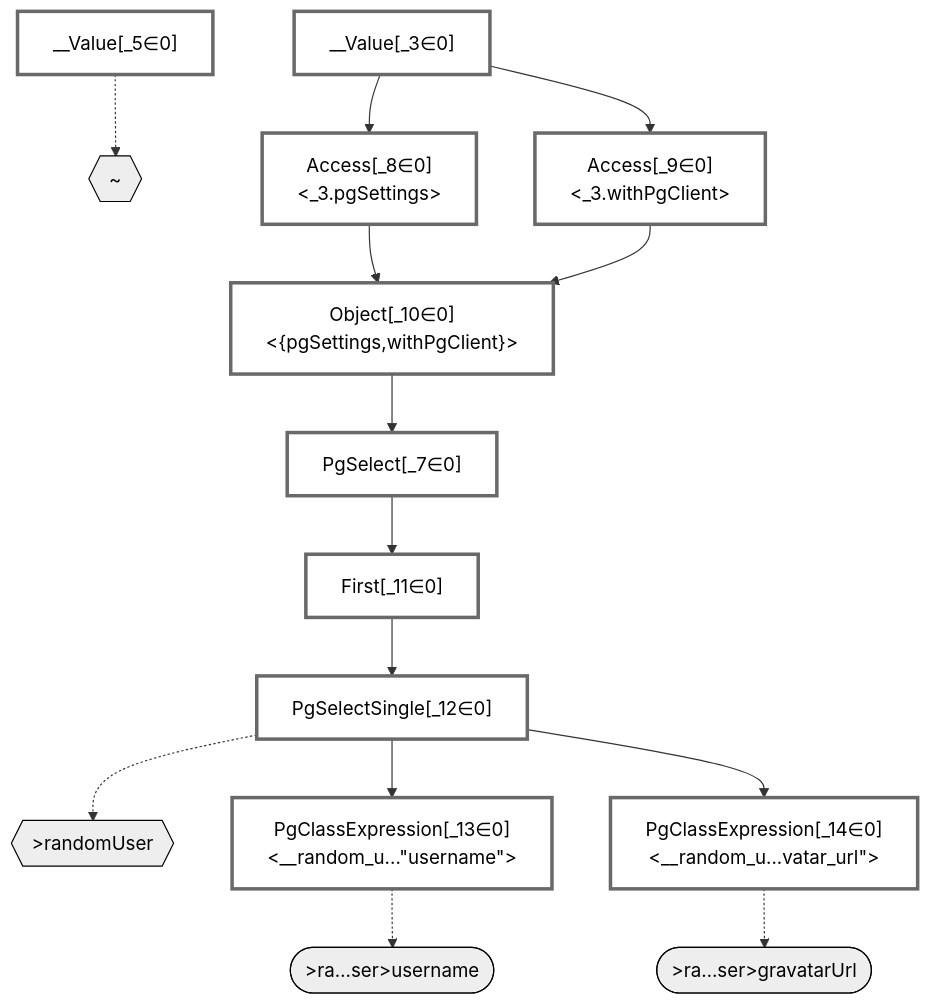
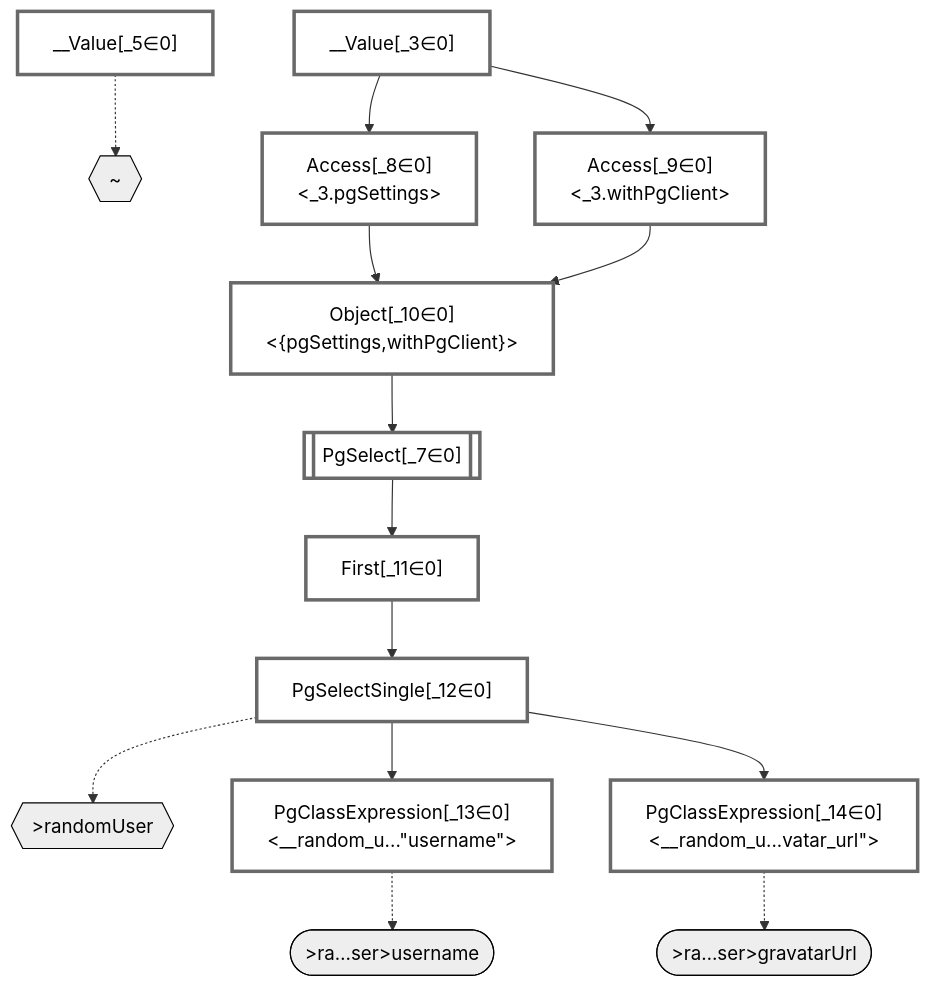
The diagram in packages/dataplan-pg/__tests__/queries/functions/custom-query-user.mermaid.md (graphile/crystal), drawn with Mermaid before and after one commit. The commit also changed 195 other files, not shown here.

````diff
--- a/packages/dataplan-pg/__tests__/queries/functions/custom-query-user.mermaid.md
+++ b/packages/dataplan-pg/__tests__/queries/functions/custom-query-user.mermaid.md
@@ -1,50 +1,50 @@
 ```mermaid
 graph TD
     classDef path fill:#eee,stroke:#000,color:#000
     classDef plan fill:#fff,stroke-width:3px,color:#000
     classDef itemplan fill:#fff,stroke-width:6px,color:#000
     classDef sideeffectplan fill:#f00,stroke-width:6px,color:#000
 
     %% subgraph fields
     P1{{"~"}}:::path
     P2{{">randomUser"}}:::path
     P3([">ra…ser>username"]):::path
     %% P2 -.-> P3
     P4([">ra…ser>gravatarUrl"]):::path
     %% P2 -.-> P4
     %% P1 -.-> P2
     %% end
 
     %% define plans
     __Value_3["__Value[_3∈0]<br /><context>"]:::plan
     __Value_5["__Value[_5∈0]<br /><rootValue>"]:::plan
-    PgSelect_7["PgSelect[_7∈0]<br /><random_user>"]:::plan
+    PgSelect_7[["PgSelect[_7∈0]<br /><random_user>"]]:::plan
     Access_8["Access[_8∈0]<br /><_3.pgSettings>"]:::plan
     Access_9["Access[_9∈0]<br /><_3.withPgClient>"]:::plan
     Object_10["Object[_10∈0]<br /><{pgSettings,withPgClient}>"]:::plan
     First_11["First[_11∈0]"]:::plan
     PgSelectSingle_12["PgSelectSingle[_12∈0]<br /><users>"]:::plan
     PgClassExpression_13["PgClassExpression[_13∈0]<br /><__random_u...#quot;username#quot;>"]:::plan
     PgClassExpression_14["PgClassExpression[_14∈0]<br /><__random_u...vatar_url#quot;>"]:::plan
 
     %% plan dependencies
     Object_10 --> PgSelect_7
     __Value_3 --> Access_8
     __Value_3 --> Access_9
     Access_8 --> Object_10
     Access_9 --> Object_10
     PgSelect_7 --> First_11
     First_11 --> PgSelectSingle_12
     PgSelectSingle_12 --> PgClassExpression_13
     PgSelectSingle_12 --> PgClassExpression_14
 
     %% plan-to-path relationships
     __Value_5 -.-> P1
     PgSelectSingle_12 -.-> P2
     PgClassExpression_13 -.-> P3
     PgClassExpression_14 -.-> P4
 
     %% allocate buckets
     classDef bucket0 stroke:#696969
     class __Value_3,__Value_5,PgSelect_7,Access_8,Access_9,Object_10,First_11,PgSelectSingle_12,PgClassExpression_13,PgClassExpression_14 bucket0
 ```
````
